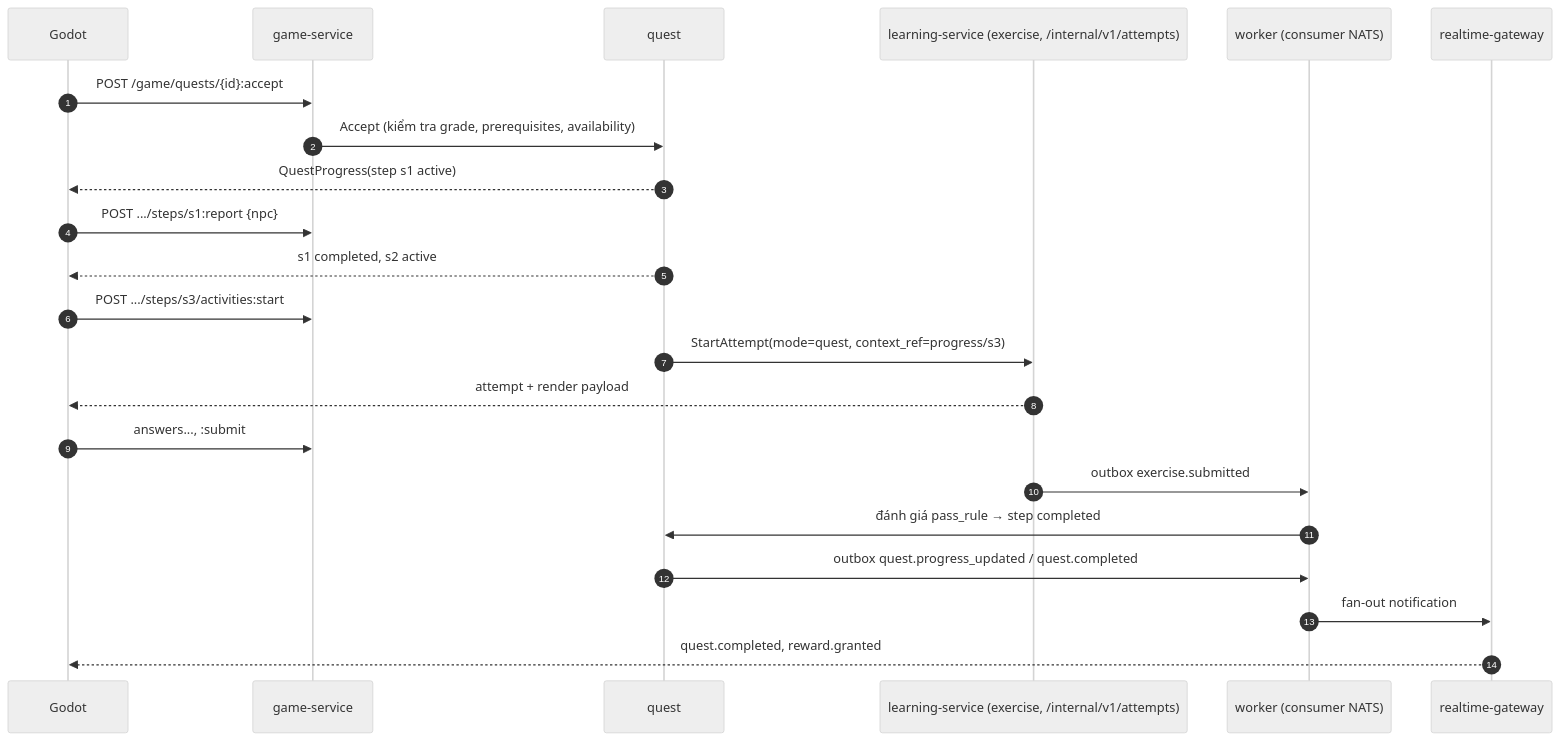
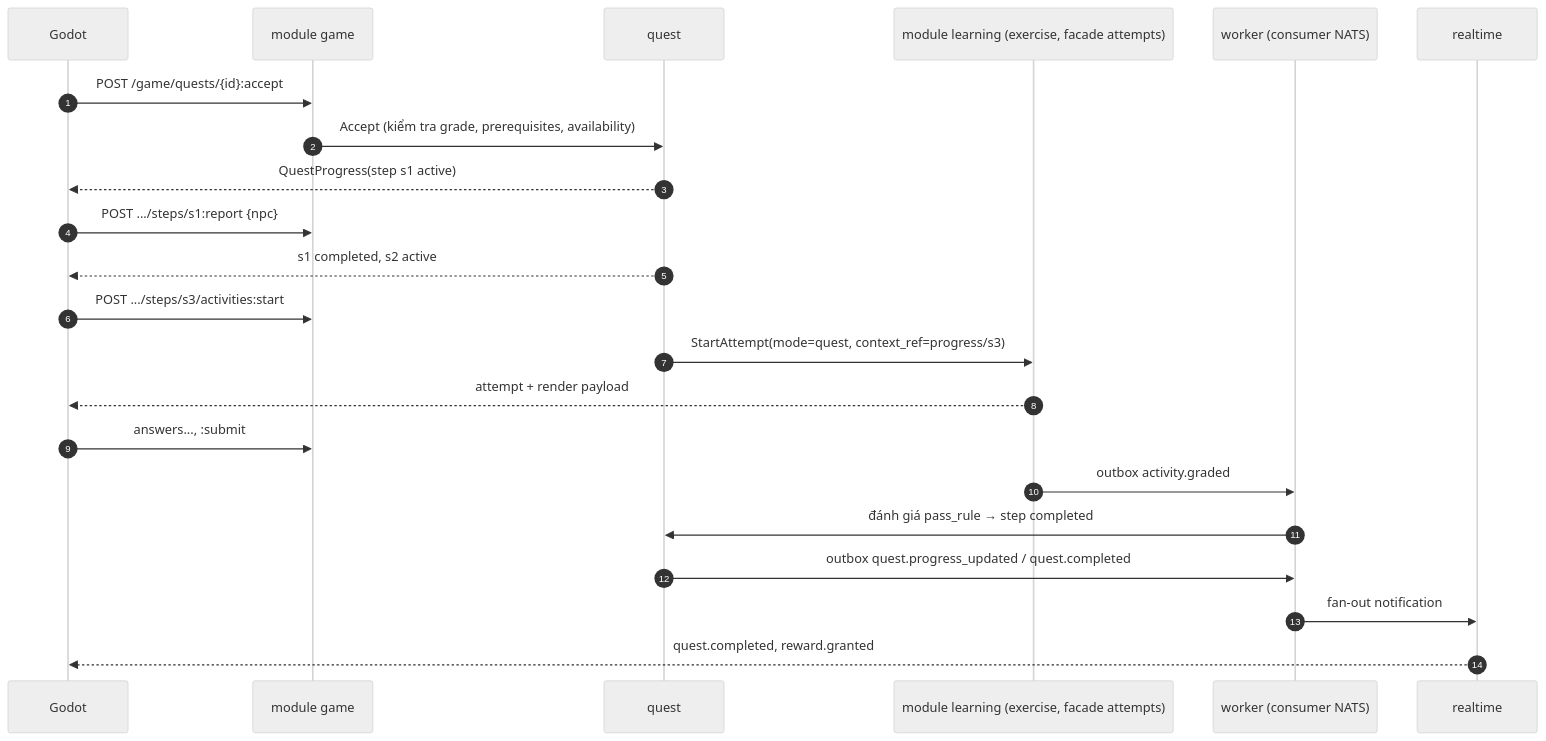
The third of 3 diagrams in docs/01-game-design/QUEST_SYSTEM.md (tanguyen2020/eduworld-platform), drawn with Mermaid (neutral theme) before and after one commit. The commit also changed other lines of this file and 922 other files, not shown here.

````diff
--- a/docs/01-game-design/QUEST_SYSTEM.md
+++ b/docs/01-game-design/QUEST_SYSTEM.md
@@ -208,24 +240,24 @@
 ```mermaid
 sequenceDiagram
   autonumber
   participant G as Godot
-  participant API as game-service
+  participant API as module game
   participant Q as quest
-  participant E as learning-service (exercise, /internal/v1/attempts)
+  participant E as module learning (exercise, facade attempts)
   participant W as worker (consumer NATS)
-  participant RT as realtime-gateway
+  participant RT as realtime
   G->>API: POST /game/quests/{id}:accept
   API->>Q: Accept (kiểm tra grade, prerequisites, availability)
   Q-->>G: QuestProgress(step s1 active)
   G->>API: POST .../steps/s1:report {npc}
   Q-->>G: s1 completed, s2 active
   G->>API: POST .../steps/s3/activities:start
   Q->>E: StartAttempt(mode=quest, context_ref=progress/s3)
   E-->>G: attempt + render payload
   G->>API: answers..., :submit
-  E->>W: outbox exercise.submitted
+  E->>W: outbox activity.graded
   W->>Q: đánh giá pass_rule → step completed
   Q->>W: outbox quest.progress_updated / quest.completed
   W->>RT: fan-out notification
   RT-->>G: quest.completed, reward.granted
 ```
````
